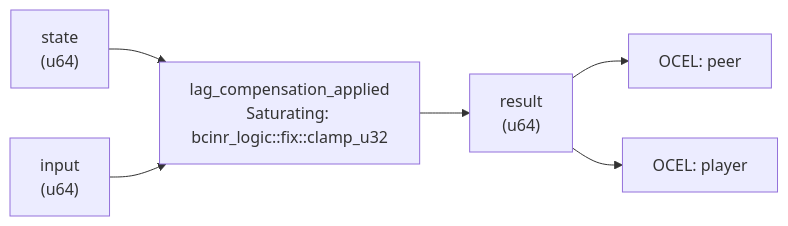
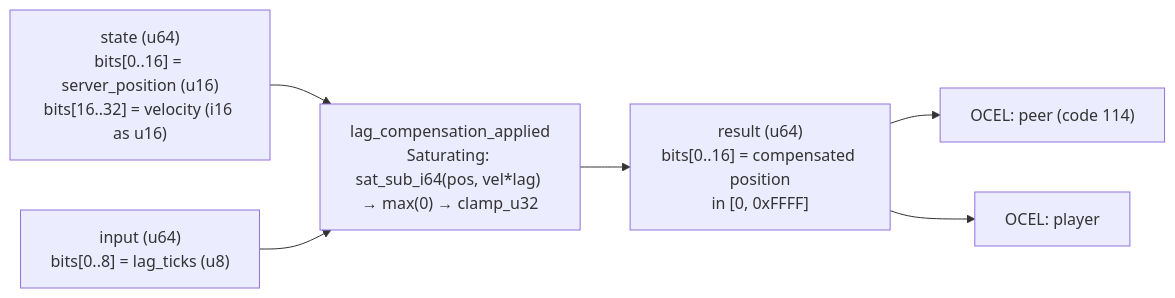
One commit to seanchatmangpt/bcinr changed the diagram in crates/wasm4games/docs/patterns/lag_compensation_applied.md. Above: the diagram before and after it, drawn with Mermaid. The commit also changed other lines of this file and 9 other files, not shown here.

````diff
--- a/crates/wasm4games/docs/patterns/lag_compensation_applied.md
+++ b/crates/wasm4games/docs/patterns/lag_compensation_applied.md
@@ -56,14 +38,14 @@
 ```mermaid
 graph LR
-    state["state\n(u64)"]
-    input["input\n(u64)"]
-    kernel["lag_compensation_applied\nSaturating: bcinr_logic::fix::clamp_u32"]
-    result["result\n(u64)"]
+    state["state (u64)\nbits[0..16] = server_position (u16)\nbits[16..32] = velocity (i16 as u16)"]
+    input["input (u64)\nbits[0..8] = lag_ticks (u8)"]
+    kernel["lag_compensation_applied\nSaturating: sat_sub_i64(pos, vel*lag) → max(0) → clamp_u32"]
+    result["result (u64)\nbits[0..16] = compensated position\nin [0, 0xFFFF]"]
     state --> kernel
     input --> kernel
     kernel --> result
-    ocel_0["OCEL: peer"]
+    ocel_0["OCEL: peer (code 114)"]
     result --> ocel_0
     ocel_1["OCEL: player"]
     result --> ocel_1
 ```
````
